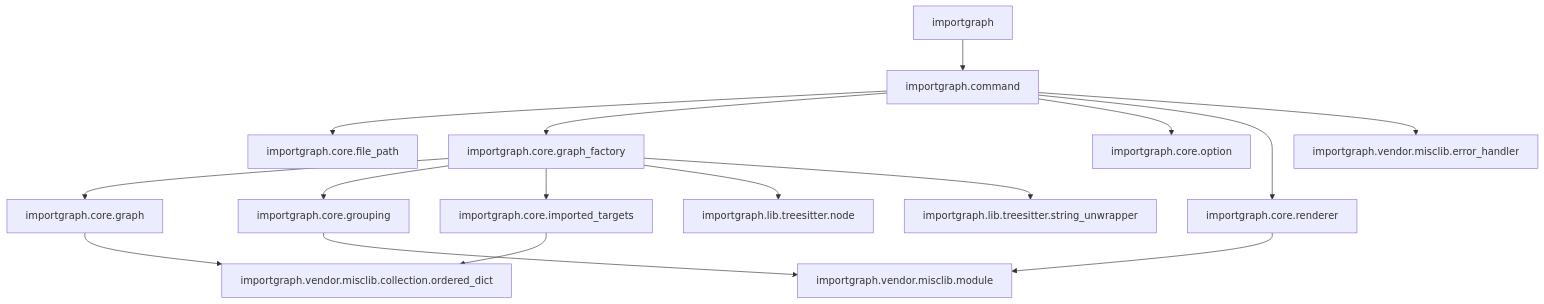
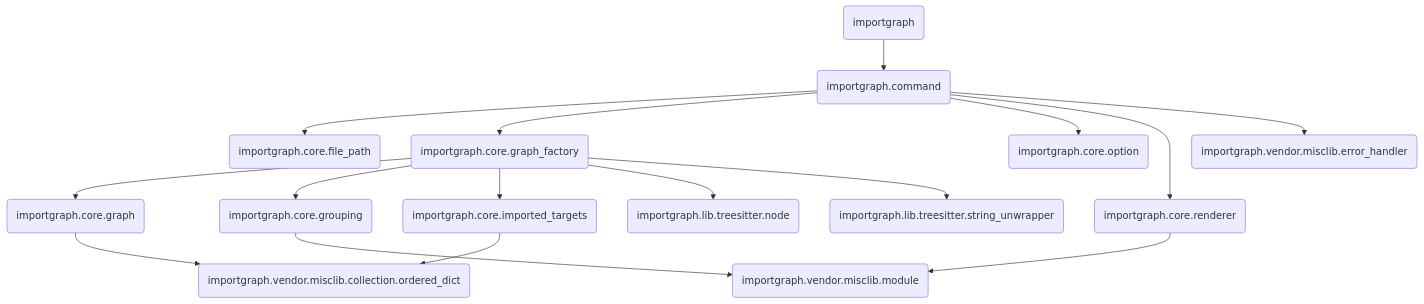
One commit to notomo/importgraph.nvim changed the diagram in README.md. Above: the diagram before and after it, drawn with Mermaid. The commit also changed 2 other files, not shown here.

Commit message:
Fix escape on generated graph node text

````diff
--- a/README.md
+++ b/README.md
@@ -20,18 +20,18 @@
 ```mermaid
 graph TB
-  importgraph --> importgraph.command
-  importgraph.command --> importgraph.core.file_path
-  importgraph.command --> importgraph.core.graph_factory
-  importgraph.command --> importgraph.core.option
-  importgraph.command --> importgraph.core.renderer
-  importgraph.command --> importgraph.vendor.misclib.error_handler
-  importgraph.core.graph --> importgraph.vendor.misclib.collection.ordered_dict
-  importgraph.core.graph_factory --> importgraph.core.graph
-  importgraph.core.graph_factory --> importgraph.core.grouping
-  importgraph.core.graph_factory --> importgraph.core.imported_targets
-  importgraph.core.graph_factory --> importgraph.lib.treesitter.node
-  importgraph.core.graph_factory --> importgraph.lib.treesitter.string_unwrapper
-  importgraph.core.grouping --> importgraph.vendor.misclib.module
-  importgraph.core.imported_targets --> importgraph.vendor.misclib.collection.ordered_dict
-  importgraph.core.renderer --> importgraph.vendor.misclib.module
+  1(importgraph) --> 2(importgraph.command)
+  2(importgraph.command) --> 3(importgraph.core.file_path)
+  2(importgraph.command) --> 4(importgraph.core.graph_factory)
+  2(importgraph.command) --> 5(importgraph.core.option)
+  2(importgraph.command) --> 6(importgraph.core.renderer)
+  2(importgraph.command) --> 7(importgraph.vendor.misclib.error_handler)
+  8(importgraph.core.graph) --> 9(importgraph.vendor.misclib.collection.ordered_dict)
+  4(importgraph.core.graph_factory) --> 8(importgraph.core.graph)
+  4(importgraph.core.graph_factory) --> 10(importgraph.core.grouping)
+  4(importgraph.core.graph_factory) --> 11(importgraph.core.imported_targets)
+  4(importgraph.core.graph_factory) --> 12(importgraph.lib.treesitter.node)
+  4(importgraph.core.graph_factory) --> 13(importgraph.lib.treesitter.string_unwrapper)
+  10(importgraph.core.grouping) --> 14(importgraph.vendor.misclib.module)
+  11(importgraph.core.imported_targets) --> 9(importgraph.vendor.misclib.collection.ordered_dict)
+  6(importgraph.core.renderer) --> 14(importgraph.vendor.misclib.module)
 ```
````
